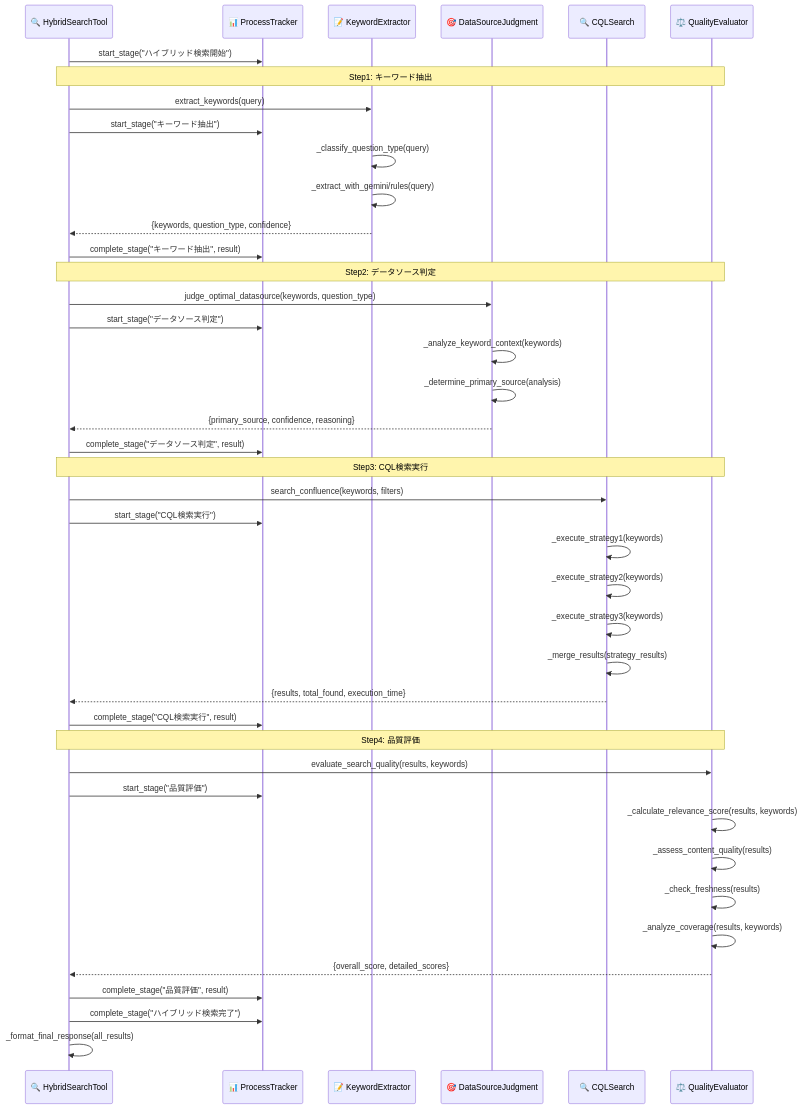
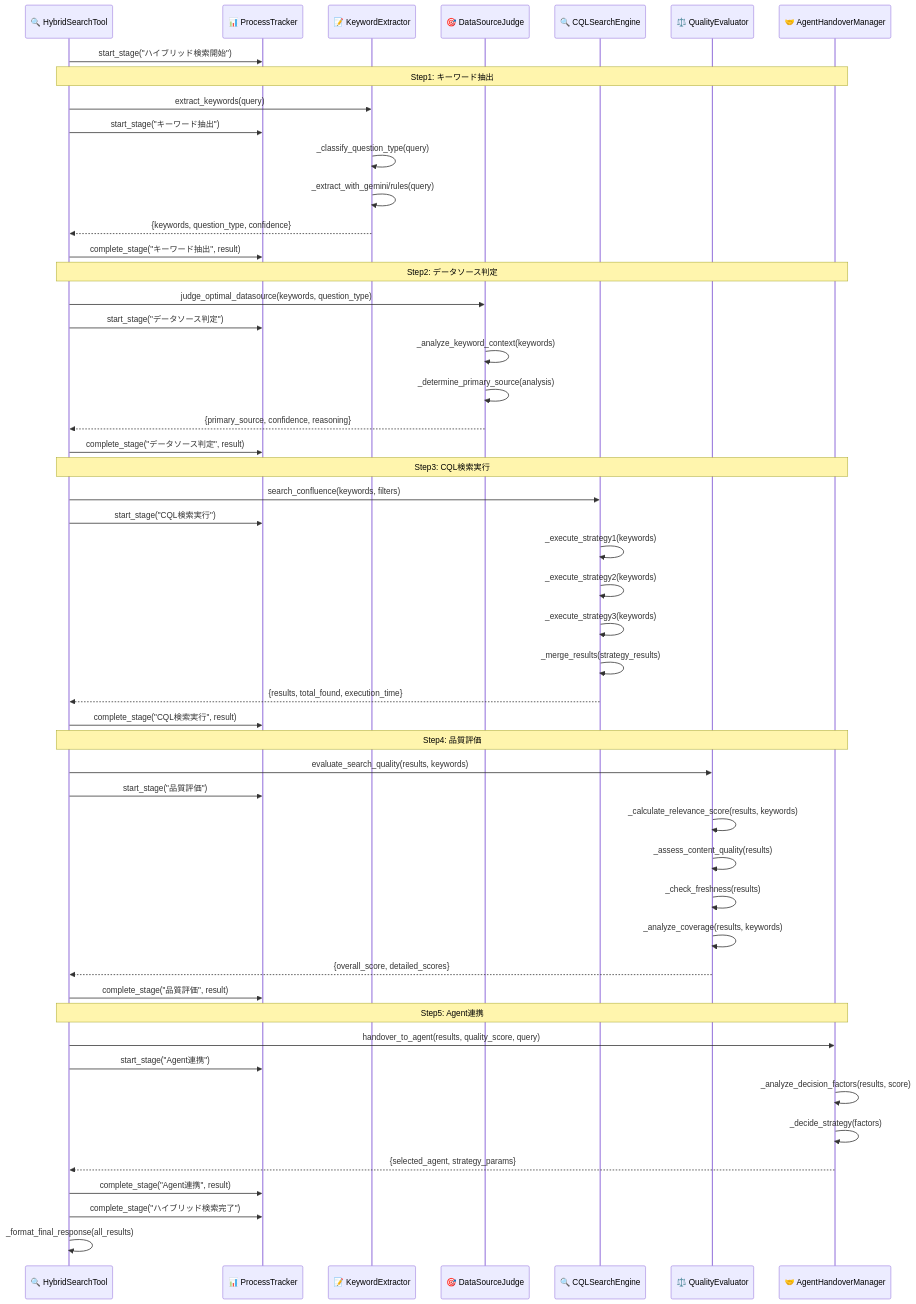
Before and after one commit to gucchon001/attratian_chatbot: the third of 13 diagrams in docs/SPEC-DS-005B シーケンス図設計書.md, drawn with Mermaid. The commit also changed other lines of this file and 9 other files, not shown here.

````diff
--- a/docs/SPEC-DS-005B シーケンス図設計書.md
+++ b/docs/SPEC-DS-005B シーケンス図設計書.md
@@ -48,50 +96,59 @@
 ```mermaid
 sequenceDiagram
     participant Tool as 🔍 HybridSearchTool
     participant Tracker as 📊 ProcessTracker
     participant Step1 as 📝 KeywordExtractor
-    participant Step2 as 🎯 DataSourceJudgment
-    participant Step3 as 🔍 CQLSearch
+    participant Step2 as 🎯 DataSourceJudge
+    participant Step3 as 🔍 CQLSearchEngine
     participant Step4 as ⚖️ QualityEvaluator
+    participant Step5 as 🤝 AgentHandoverManager
 
     Tool->>Tracker: start_stage("ハイブリッド検索開始")
     
-    Note over Tool,Step4: Step1: キーワード抽出
+    Note over Tool,Step5: Step1: キーワード抽出
     Tool->>Step1: extract_keywords(query)
     Tool->>Tracker: start_stage("キーワード抽出")
     Step1->>Step1: _classify_question_type(query)
     Step1->>Step1: _extract_with_gemini/rules(query)
     Step1-->>Tool: {keywords, question_type, confidence}
     Tool->>Tracker: complete_stage("キーワード抽出", result)
     
-    Note over Tool,Step4: Step2: データソース判定
+    Note over Tool,Step5: Step2: データソース判定
     Tool->>Step2: judge_optimal_datasource(keywords, question_type)
     Tool->>Tracker: start_stage("データソース判定")
     Step2->>Step2: _analyze_keyword_context(keywords)
     Step2->>Step2: _determine_primary_source(analysis)
     Step2-->>Tool: {primary_source, confidence, reasoning}
     Tool->>Tracker: complete_stage("データソース判定", result)
     
-    Note over Tool,Step4: Step3: CQL検索実行
+    Note over Tool,Step5: Step3: CQL検索実行
     Tool->>Step3: search_confluence(keywords, filters)
     Tool->>Tracker: start_stage("CQL検索実行")
     Step3->>Step3: _execute_strategy1(keywords)
     Step3->>Step3: _execute_strategy2(keywords)
     Step3->>Step3: _execute_strategy3(keywords)
     Step3->>Step3: _merge_results(strategy_results)
     Step3-->>Tool: {results, total_found, execution_time}
     Tool->>Tracker: complete_stage("CQL検索実行", result)
     
-    Note over Tool,Step4: Step4: 品質評価
+    Note over Tool,Step5: Step4: 品質評価
     Tool->>Step4: evaluate_search_quality(results, keywords)
     Tool->>Tracker: start_stage("品質評価")
     Step4->>Step4: _calculate_relevance_score(results, keywords)
     Step4->>Step4: _assess_content_quality(results)
     Step4->>Step4: _check_freshness(results)
     Step4->>Step4: _analyze_coverage(results, keywords)
     Step4-->>Tool: {overall_score, detailed_scores}
     Tool->>Tracker: complete_stage("品質評価", result)
     
+    Note over Tool,Step5: Step5: Agent連携
+    Tool->>Step5: handover_to_agent(results, quality_score, query)
+    Tool->>Tracker: start_stage("Agent連携")
+    Step5->>Step5: _analyze_decision_factors(results, score)
+    Step5->>Step5: _decide_strategy(factors)
+    Step5-->>Tool: {selected_agent, strategy_params}
+    Tool->>Tracker: complete_stage("Agent連携", result)
+    
     Tool->>Tracker: complete_stage("ハイブリッド検索完了")
     Tool->>Tool: _format_final_response(all_results)
 ```
````
